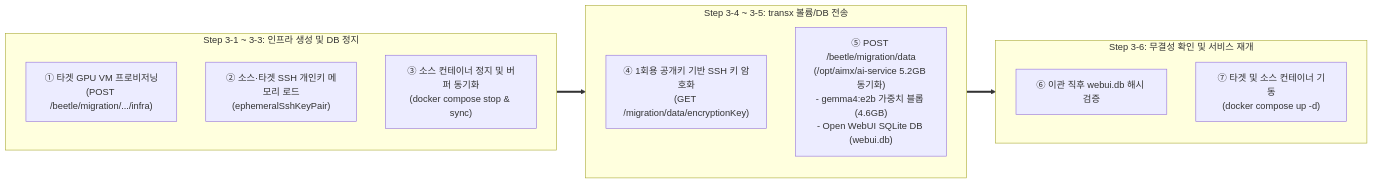
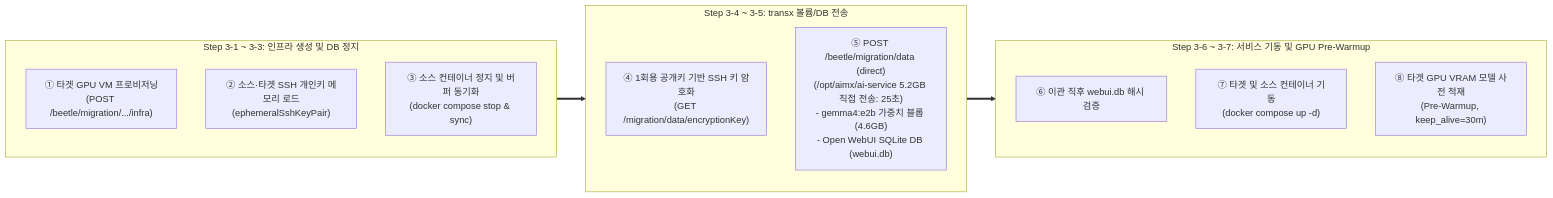
Before and after one commit to cloud-barista/cm-beetle: the fourth of 9 diagrams in docs/poc/ai-service-migration-design.md, drawn with Mermaid. The commit also changed other lines of this file and 1 other file, not shown here.

First line of the commit message:
docs(poc): add pre-warmup and ai stack reference

````diff
--- a/docs/poc/ai-service-migration-design.md
+++ b/docs/poc/ai-service-migration-design.md
@@ -119,20 +152,21 @@
 ```mermaid
 flowchart LR
     subgraph StepA["Step 3-1 ~ 3-3: 인프라 생성 및 DB 정지"]
         P1["① 타겟 GPU VM 프로비저닝\n(POST /beetle/migration/.../infra)"]
         P2["② 소스·타겟 SSH 개인키 메모리 로드\n(ephemeralSshKeyPair)"]
         P3["③ 소스 컨테이너 정지 및 버퍼 동기화\n(docker compose stop & sync)"]
     end
 
     subgraph StepB["Step 3-4 ~ 3-5: transx 볼륨/DB 전송"]
         T1["④ 1회용 공개키 기반 SSH 키 암호화\n(GET /migration/data/encryptionKey)"]
-        T2["⑤ POST /beetle/migration/data\n(/opt/aimx/ai-service 5.2GB 동기화)\n- gemma4:e2b 가중치 블롭 (4.6GB)\n- Open WebUI SQLite DB (webui.db)"]
+        T2["⑤ POST /beetle/migration/data (direct)\n(/opt/aimx/ai-service 5.2GB 직접 전송: 25초)\n- gemma4:e2b 가중치 블롭 (4.6GB)\n- Open WebUI SQLite DB (webui.db)"]
     end
 
-    subgraph StepC["Step 3-6: 무결성 확인 및 서비스 재개"]
+    subgraph StepC["Step 3-6 ~ 3-7: 서비스 기동 및 GPU Pre-Warmup"]
         U1["⑥ 이관 직후 webui.db 해시 검증"]
         U2["⑦ 타겟 및 소스 컨테이너 기동\n(docker compose up -d)"]
+        U3["⑧ 타겟 GPU VRAM 모델 사전 적재\n(Pre-Warmup, keep_alive=30m)"]
     end
 
     StepA ==> StepB ==> StepC
 ```
````
